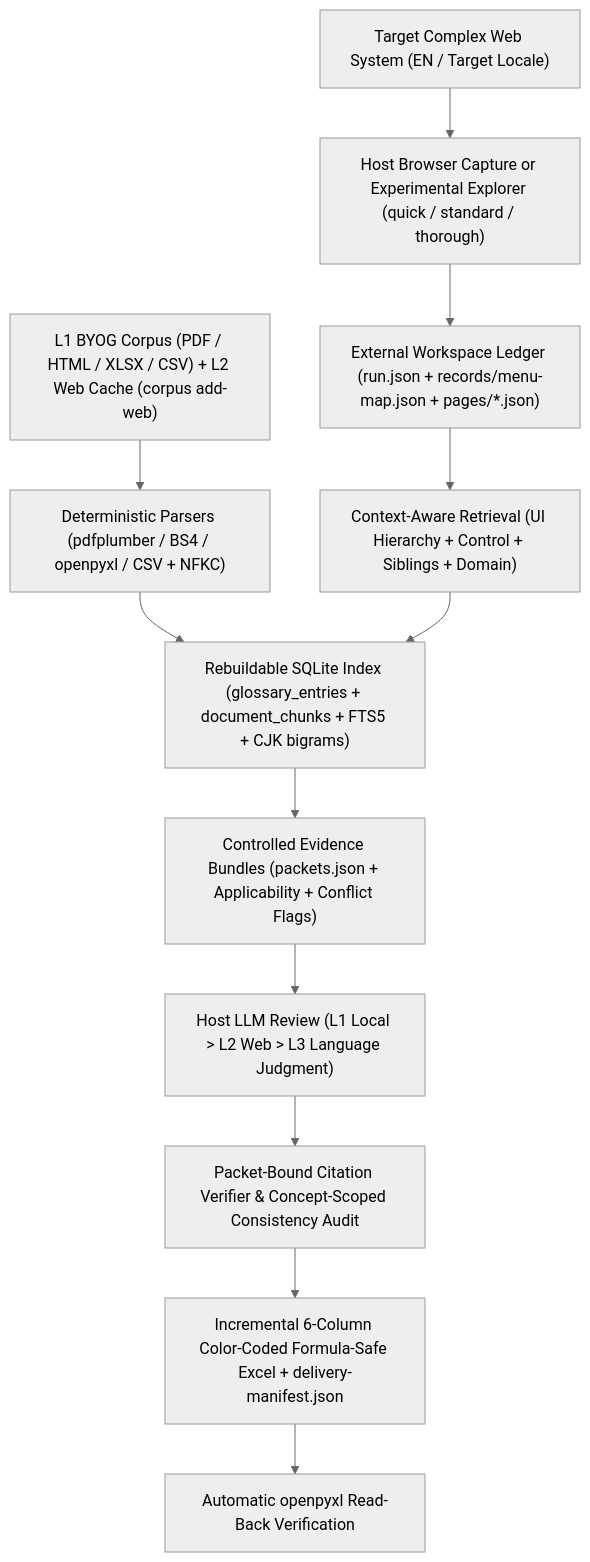
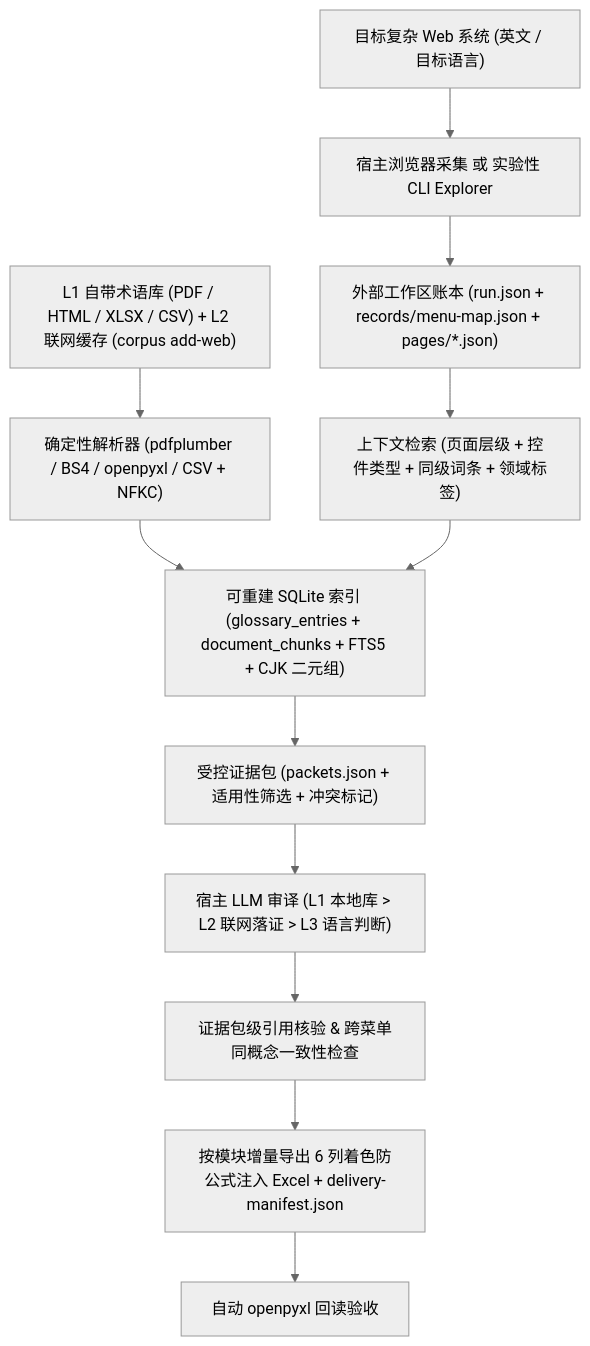
Before and after one commit to littlericeee/lingual-audit: the diagram in README.md, drawn with Mermaid (neutral theme). The commit also changed other lines of this file and 3 other files, not shown here.

````diff
--- a/README.md
+++ b/README.md
@@ -20,14 +50,14 @@
 ```mermaid
 flowchart TD
-    A["Target Complex Web System (EN / Target Locale)"] --> B["Host Browser Capture or Experimental Explorer (quick / standard / thorough)"]
-    B --> C["External Workspace Ledger (run.json + records/menu-map.json + pages/*.json)"]
-    D["L1 BYOG Corpus (PDF / HTML / XLSX / CSV) + L2 Web Cache (corpus add-web)"] --> E["Deterministic Parsers (pdfplumber / BS4 / openpyxl / CSV + NFKC)"]
-    E --> F["Rebuildable SQLite Index (glossary_entries + document_chunks + FTS5 + CJK bigrams)"]
-    C --> G["Context-Aware Retrieval (UI Hierarchy + Control + Siblings + Domain)"]
+    A["目标复杂 Web 系统 (英文 / 目标语言)"] --> B["宿主浏览器采集 或 实验性 CLI Explorer"]
+    B --> C["外部工作区账本 (run.json + records/menu-map.json + pages/*.json)"]
+    D["L1 自带术语库 (PDF / HTML / XLSX / CSV) + L2 联网缓存 (corpus add-web)"] --> E["确定性解析器 (pdfplumber / BS4 / openpyxl / CSV + NFKC)"]
+    E --> F["可重建 SQLite 索引 (glossary_entries + document_chunks + FTS5 + CJK 二元组)"]
+    C --> G["上下文检索 (页面层级 + 控件类型 + 同级词条 + 领域标签)"]
     G --> F
-    F --> H["Controlled Evidence Bundles (packets.json + Applicability + Conflict Flags)"]
-    H --> I["Host LLM Review (L1 Local > L2 Web > L3 Language Judgment)"]
-    I --> J["Packet-Bound Citation Verifier & Concept-Scoped Consistency Audit"]
-    J --> K["Incremental 6-Column Color-Coded Formula-Safe Excel + delivery-manifest.json"]
-    K --> L["Automatic openpyxl Read-Back Verification"]
+    F --> H["受控证据包 (packets.json + 适用性筛选 + 冲突标记)"]
+    H --> I["宿主 LLM 审译 (L1 本地库 > L2 联网落证 > L3 语言判断)"]
+    I --> J["证据包级引用核验 & 跨菜单同概念一致性检查"]
+    J --> K["按模块增量导出 6 列着色防公式注入 Excel + delivery-manifest.json"]
+    K --> L["自动 openpyxl 回读验收"]
 ```
````
